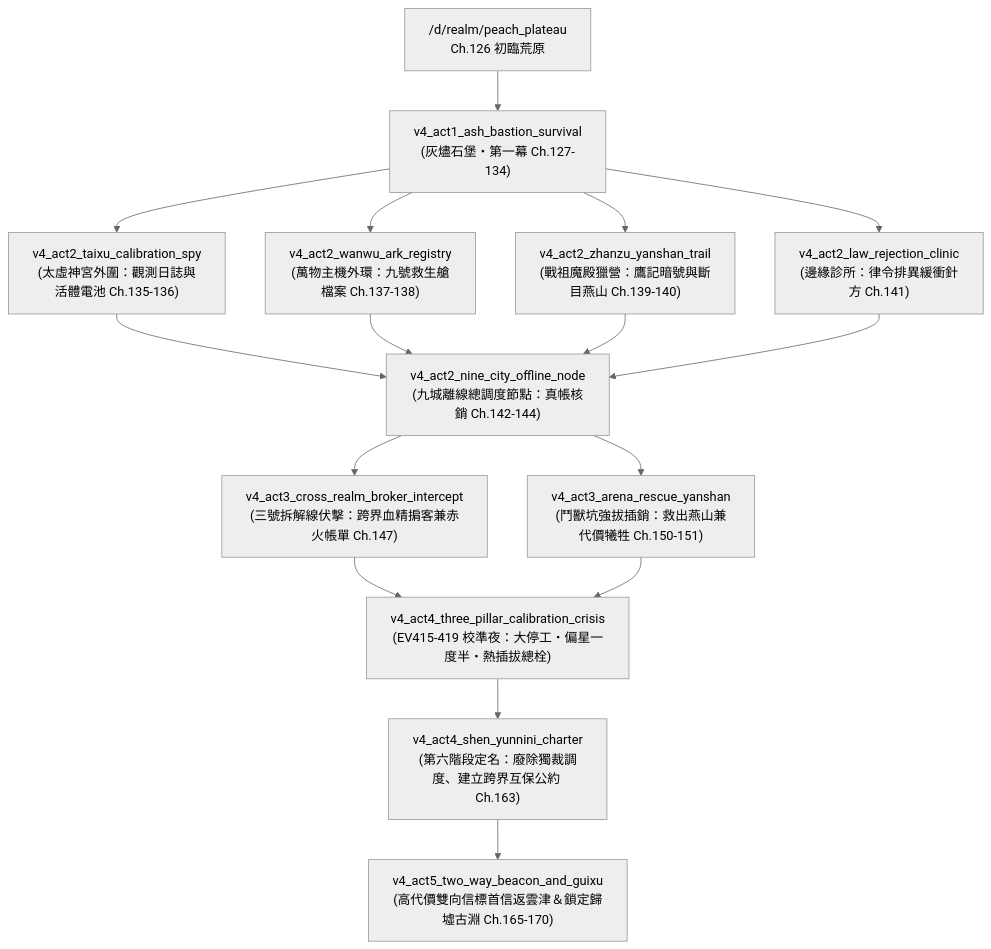
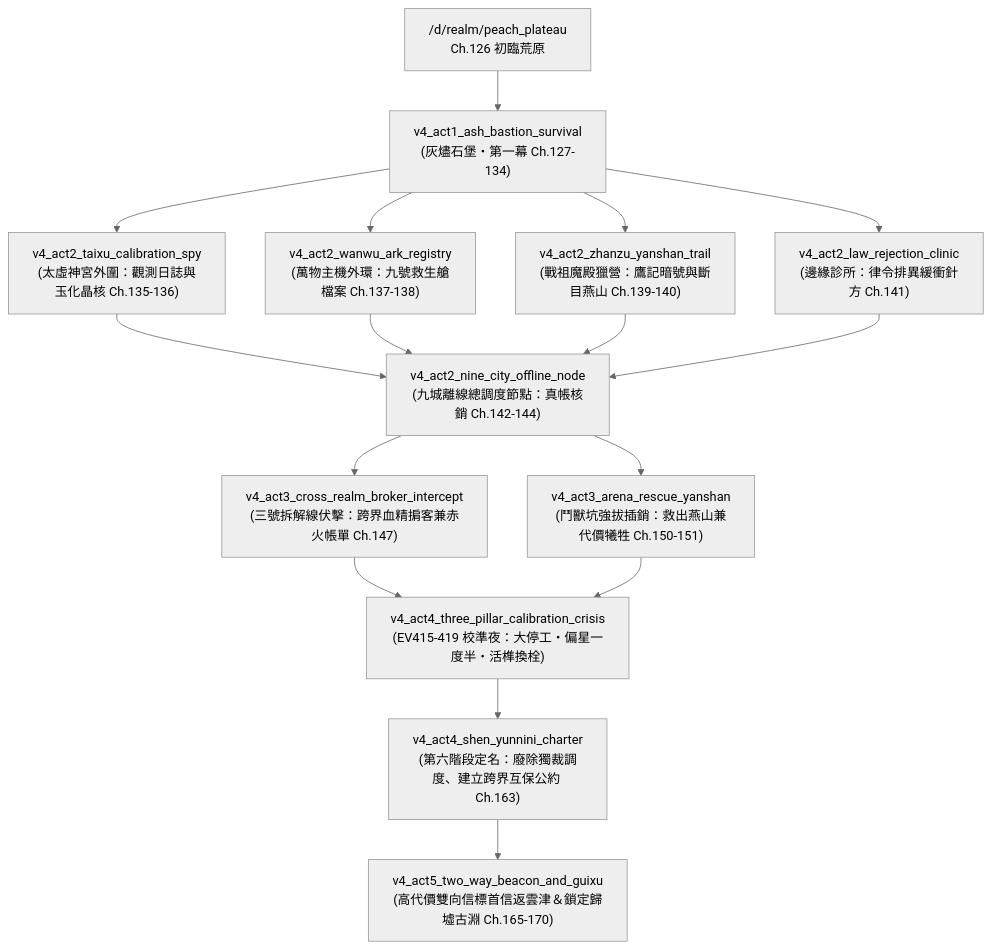
The diagram in forgotten-space/narrative/docs/tier3_quest_network.md (wade-fs/mudscript), drawn with Mermaid (neutral theme) before and after one commit. The commit also changed other lines of this file and 13 other files, not shown here.

````diff
--- a/forgotten-space/narrative/docs/tier3_quest_network.md
+++ b/forgotten-space/narrative/docs/tier3_quest_network.md
@@ -20,14 +21,14 @@
 ```mermaid
 flowchart TD
   S0["/d/realm/peach_plateau<br/>Ch.126 初臨荒原"] --> A1["v4_act1_ash_bastion_survival<br/>(灰燼石堡・第一幕 Ch.127-134)"]
-  A1 --> B1["v4_act2_taixu_calibration_spy<br/>(太虛神宮外圍：觀測日誌與活體電池 Ch.135-136)"]
+  A1 --> B1["v4_act2_taixu_calibration_spy<br/>(太虛神宮外圍：觀測日誌與玉化晶核 Ch.135-136)"]
   A1 --> B2["v4_act2_wanwu_ark_registry<br/>(萬物主機外環：九號救生艙檔案 Ch.137-138)"]
   A1 --> B3["v4_act2_zhanzu_yanshan_trail<br/>(戰祖魔殿獵營：鷹記暗號與斷目燕山 Ch.139-140)"]
   A1 --> B4["v4_act2_law_rejection_clinic<br/>(邊緣診所：律令排異緩衝針方 Ch.141)"]
   B1 & B2 & B3 & B4 --> C1["v4_act2_nine_city_offline_node<br/>(九城離線總調度節點：真帳核銷 Ch.142-144)"]
   C1 --> D1["v4_act3_cross_realm_broker_intercept<br/>(三號拆解線伏擊：跨界血精掮客兼赤火帳單 Ch.147)"]
   C1 --> D2["v4_act3_arena_rescue_yanshan<br/>(鬥獸坑強拔插銷：救出燕山兼代價犧牲 Ch.150-151)"]
-  D1 & D2 --> E1["v4_act4_three_pillar_calibration_crisis<br/>(EV415-419 校準夜：大停工・偏星一度半・熱插拔總栓)"]
+  D1 & D2 --> E1["v4_act4_three_pillar_calibration_crisis<br/>(EV415-419 校準夜：大停工・偏星一度半・活榫換栓)"]
   E1 --> E2["v4_act4_shen_yunnini_charter<br/>(第六階段定名：廢除獨裁調度、建立跨界互保公約 Ch.163)"]
   E2 --> F1["v4_act5_two_way_beacon_and_guixu<br/>(高代價雙向信標首信返雲津＆鎖定歸墟古淵 Ch.165-170)"]
 ```
````
